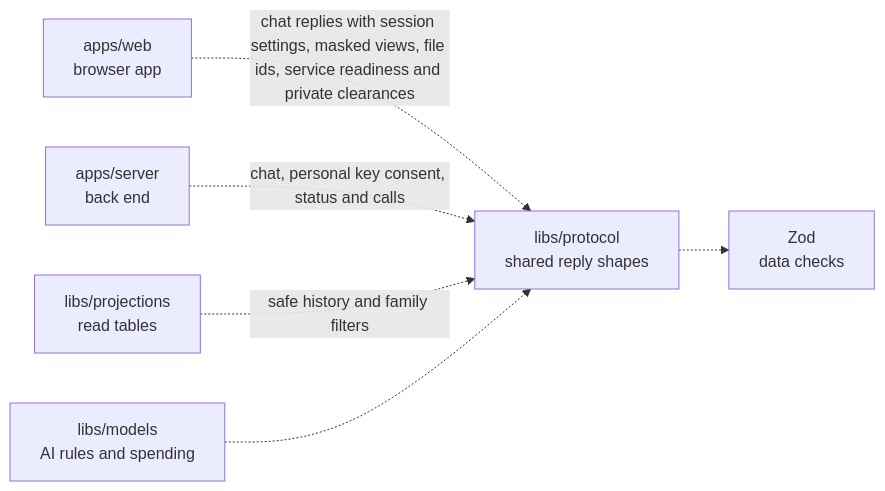
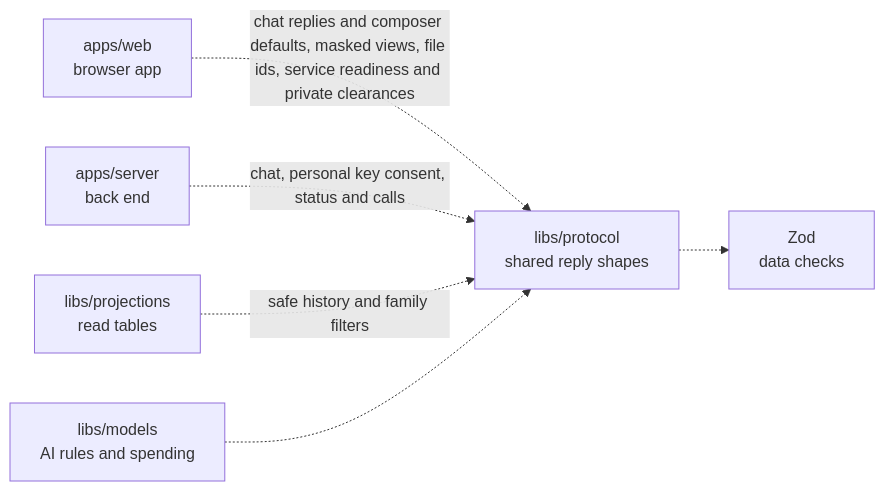
Before and after one commit to elewa-git/opencrane-new: the diagram in libs/protocol/README.md, drawn with Mermaid. The commit also changed other lines of this file and 12 other files, not shown here.

Commit message:
🩹 Derive composer defaults without changing chat responses

````diff
--- a/libs/protocol/README.md
+++ b/libs/protocol/README.md
@@ -52,8 +52,8 @@
 ```mermaid
 flowchart LR
-  web["apps/web<br/>browser app"] -.->|chat replies with session settings, masked views, file ids, service readiness and private clearances| protocol["libs/protocol<br/>shared reply shapes"]
+  web["apps/web<br/>browser app"] -.->|chat replies and composer defaults, masked views, file ids, service readiness and private clearances| protocol["libs/protocol<br/>shared reply shapes"]
   server["apps/server<br/>back end"] -.->|chat, personal key consent, status and calls| protocol
   projections["libs/projections<br/>read tables"] -.->|safe history and family filters| protocol
   models["libs/models<br/>AI rules and spending"] -.-> protocol
   protocol -.-> zod["Zod<br/>data checks"]
 ```
````
